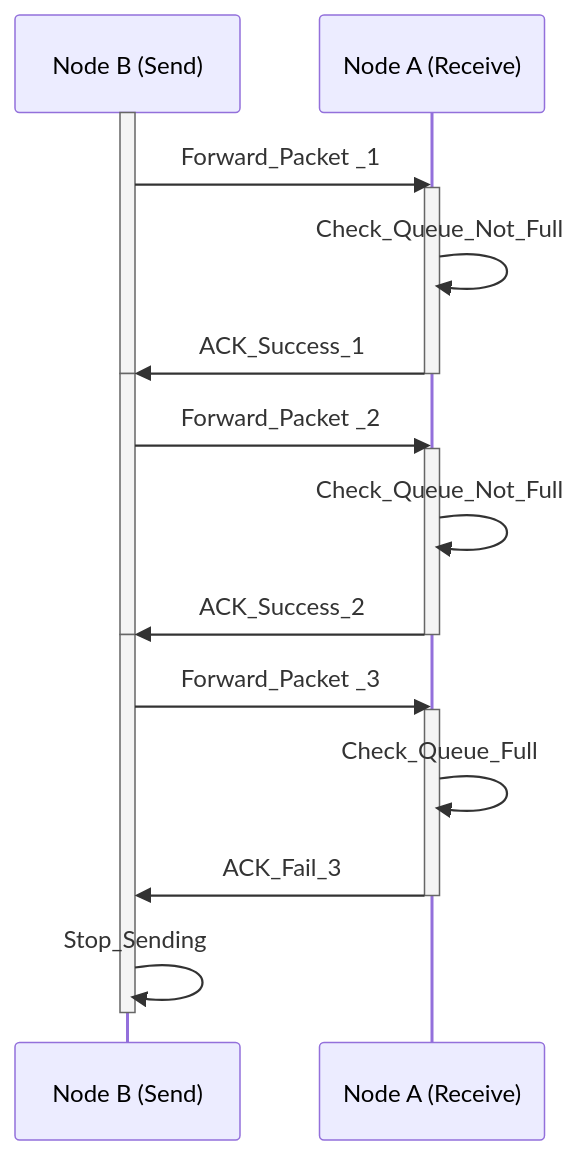
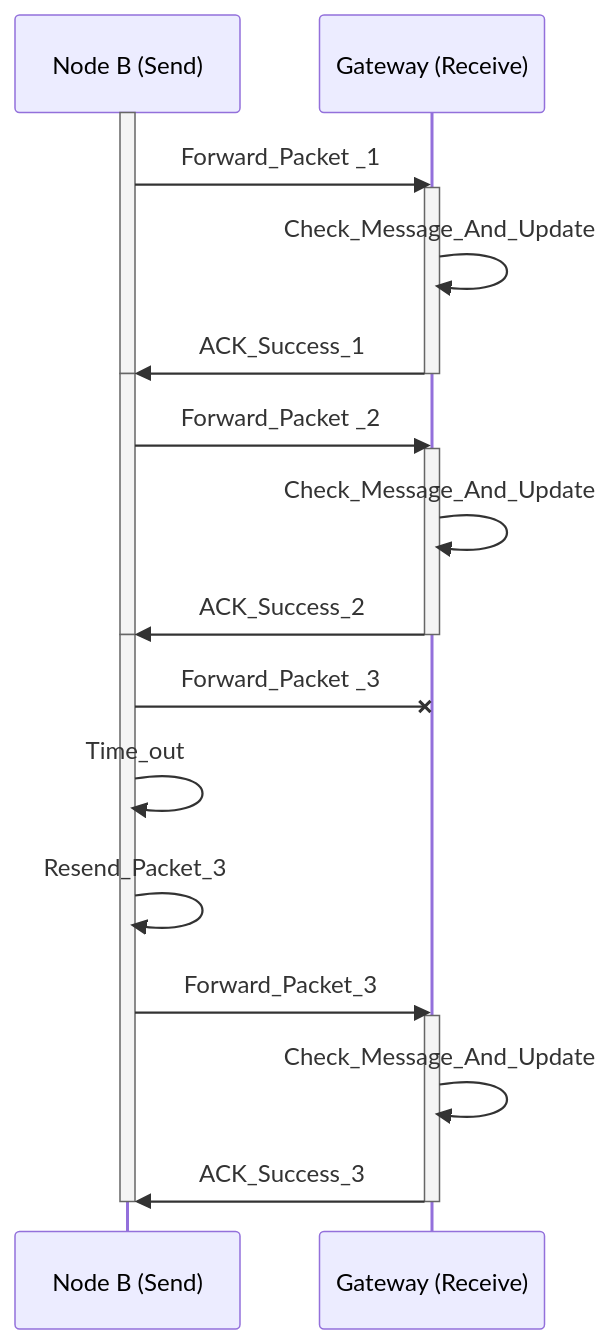
One commit to NguyenHoangTrieu/PROJECT01 changed the third of 4 diagrams in ReadMe/task_update_and_send_or_rec.md. Above: the diagram before and after it, drawn with Mermaid. The commit also changed other lines of this file and 3 other files, not shown here.

````diff
--- a/ReadMe/task_update_and_send_or_rec.md
+++ b/ReadMe/task_update_and_send_or_rec.md
@@ -184,28 +63,30 @@
 ```mermaid
 sequenceDiagram
     participant NodeB as Node B (Send)
-    participant NodeA as Node A (Receive)
-
+    participant Gateway as Gateway (Receive)
     activate NodeB
-    NodeB ->> NodeA: Forward_Packet _1
-    activate NodeA
-    NodeA ->> NodeA: Check_Queue_Not_Full
-    NodeA ->> NodeB: ACK_Success_1
-    deactivate NodeA
+    NodeB ->> Gateway: Forward_Packet _1
+    activate Gateway
+    Gateway ->> Gateway: Check_Message_And_Update
+    Gateway ->> NodeB: ACK_Success_1
+    deactivate Gateway
     deactivate NodeB
     activate NodeB
-    NodeB ->> NodeA: Forward_Packet _2
-    activate NodeA
-    NodeA ->> NodeA: Check_Queue_Not_Full
-    NodeA ->> NodeB: ACK_Success_2
-    deactivate NodeA
+    NodeB ->> Gateway: Forward_Packet _2
+    activate Gateway
+    Gateway ->> Gateway: Check_Message_And_Update
+    Gateway ->> NodeB: ACK_Success_2
+    deactivate Gateway
     deactivate NodeB
     activate NodeB
-    NodeB ->> NodeA: Forward_Packet _3
-    activate NodeA
-    NodeA ->> NodeA: Check_Queue_Full
-    NodeA ->> NodeB: ACK_Fail_3
-    deactivate NodeA
-    NodeB ->> NodeB: Stop_Sending
+    NodeB -x Gateway: Forward_Packet _3
+    NodeB ->> NodeB: Time_out
+    NodeB ->> NodeB: Resend_Packet_3
+    NodeB ->> Gateway: Forward_Packet_3
+    activate Gateway
+    Gateway ->> Gateway: Check_Message_And_Update
+    Gateway ->> NodeB: ACK_Success_3
+    deactivate Gateway
     deactivate NodeB
+
 ```
````
